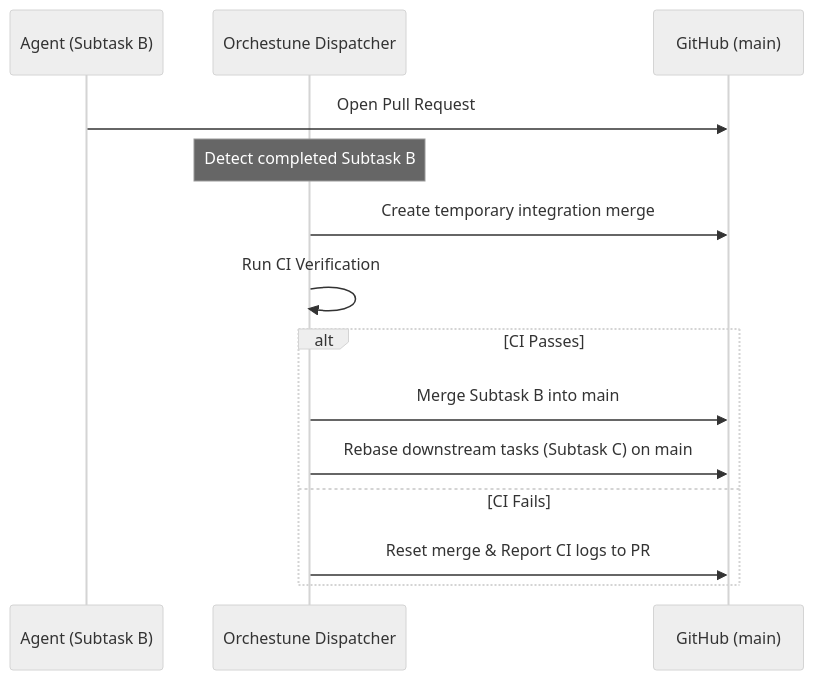
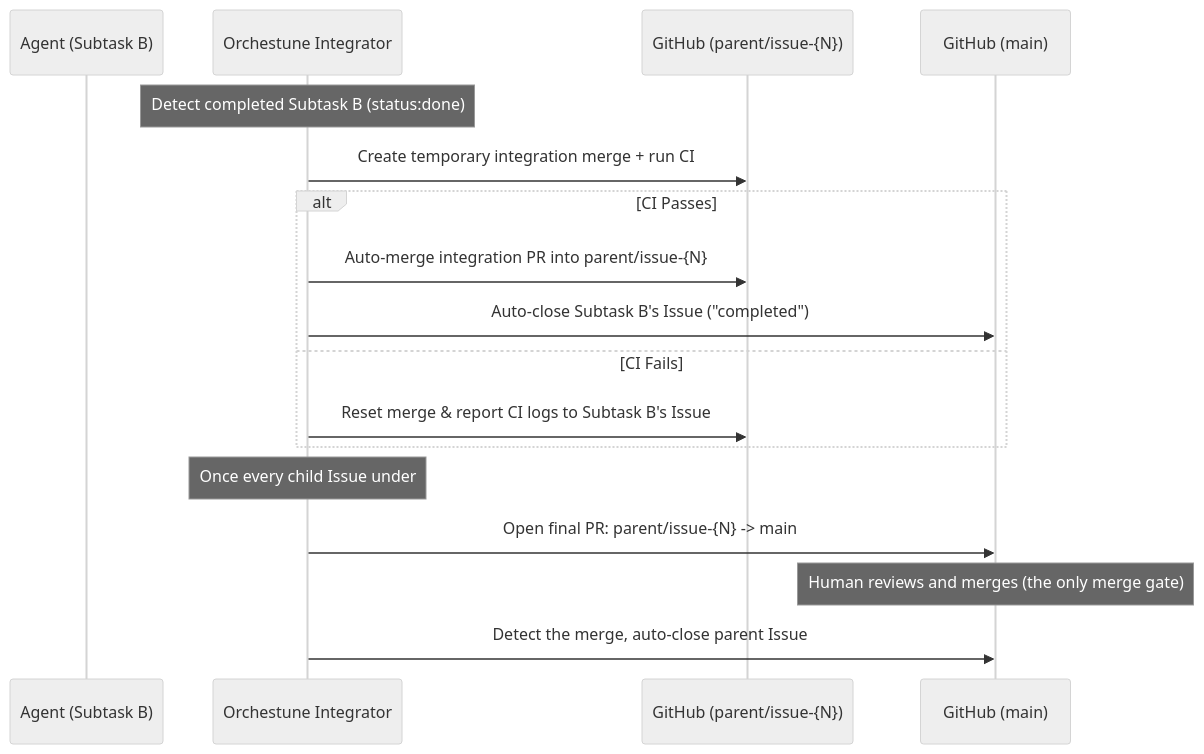
One commit to Saltmu/orchestune changed the second of 2 diagrams in docs/en/architecture.md. Above: the diagram before and after it, drawn with Mermaid (neutral theme). The commit also changed other lines of this file and 15 other files, not shown here.

First line of the commit message:
feat: auto-merge child integration and auto-close child/parent issues

````diff
--- a/docs/en/architecture.md
+++ b/docs/en/architecture.md
@@ -57,17 +57,20 @@
 ```mermaid
 sequenceDiagram
     participant AG as Agent (Subtask B)
-    participant DP as Orchestune Dispatcher
+    participant DP as Orchestune Integrator
+    participant PB as GitHub (parent/issue-{N})
     participant GH as GitHub (main)
 
-    AG->>GH: Open Pull Request
-    Note over DP: Detect completed Subtask B
-    DP->>GH: Create temporary integration merge
-    DP->>DP: Run CI Verification
+    Note over DP: Detect completed Subtask B (status:done)
+    DP->>PB: Create temporary integration merge + run CI
     alt CI Passes
-        DP->>GH: Merge Subtask B into main
-        DP->>GH: Rebase downstream tasks (Subtask C) on main
+        DP->>PB: Auto-merge integration PR into parent/issue-{N}
+        DP->>GH: Auto-close Subtask B's Issue ("completed")
     else CI Fails
-        DP->>GH: Reset merge & Report CI logs to PR
+        DP->>PB: Reset merge & report CI logs to Subtask B's Issue
     end
+    Note over DP: Once every child Issue under #N is closed
+    DP->>GH: Open final PR: parent/issue-{N} -> main
+    Note over GH: Human reviews and merges (the only merge gate)
+    DP->>GH: Detect the merge, auto-close parent Issue #N ("completed")
 ```
````
